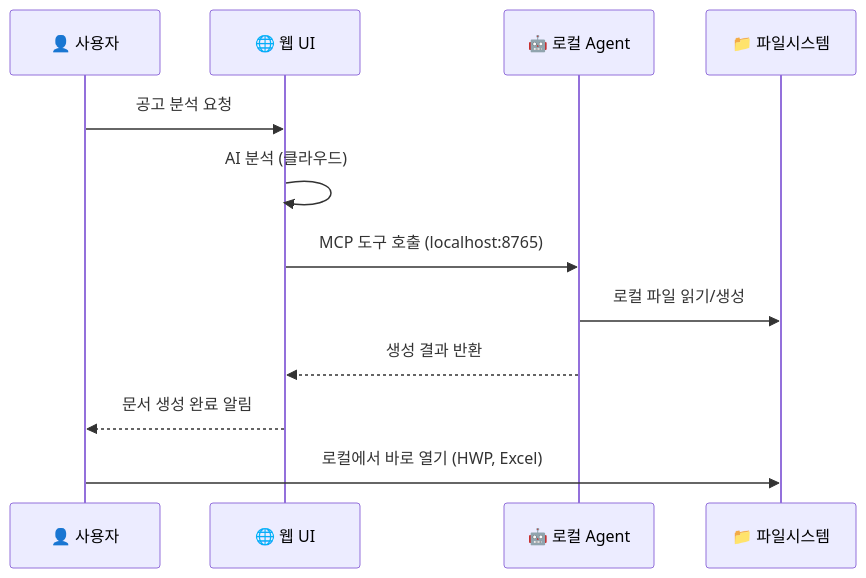
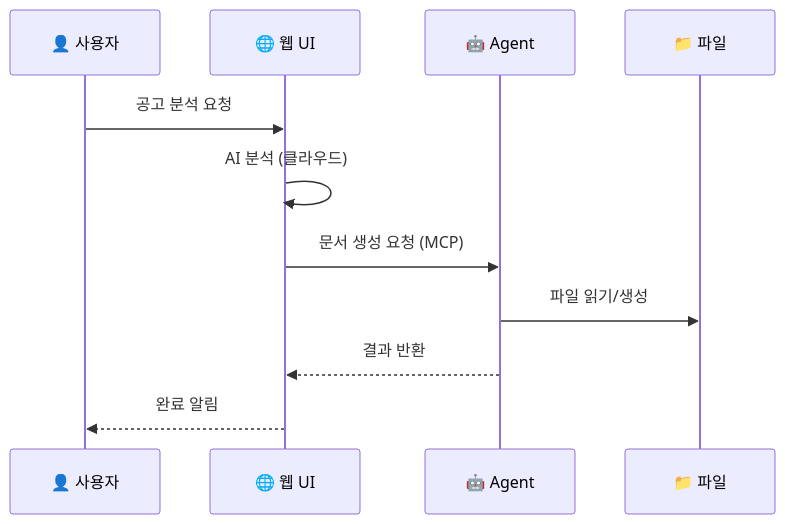
Before and after one commit to mingyugim090-debug/DockLive: the second of 6 diagrams in README.md, drawn with Mermaid. The commit also changed other lines of this file, not shown here.

Commit message:
docs: Production URL 수정 및 다이어그램 크기(레이아웃) 최적화

````diff
--- a/README.md
+++ b/README.md
@@ -115,15 +105,14 @@
 ```mermaid
 sequenceDiagram
     participant U as 👤 사용자
     participant W as 🌐 웹 UI
-    participant A as 🤖 로컬 Agent
-    participant FS as 📁 파일시스템
+    participant A as 🤖 Agent
+    participant F as 📁 파일
 
     U->>W: 공고 분석 요청
     W->>W: AI 분석 (클라우드)
-    W->>A: MCP 도구 호출 (localhost:8765)
-    A->>FS: 로컬 파일 읽기/생성
-    A-->>W: 생성 결과 반환
-    W-->>U: 문서 생성 완료 알림
-    U->>FS: 로컬에서 바로 열기 (HWP, Excel)
+    W->>A: 문서 생성 요청 (MCP)
+    A->>F: 파일 읽기/생성
+    A-->>W: 결과 반환
+    W-->>U: 완료 알림
 ```
````
